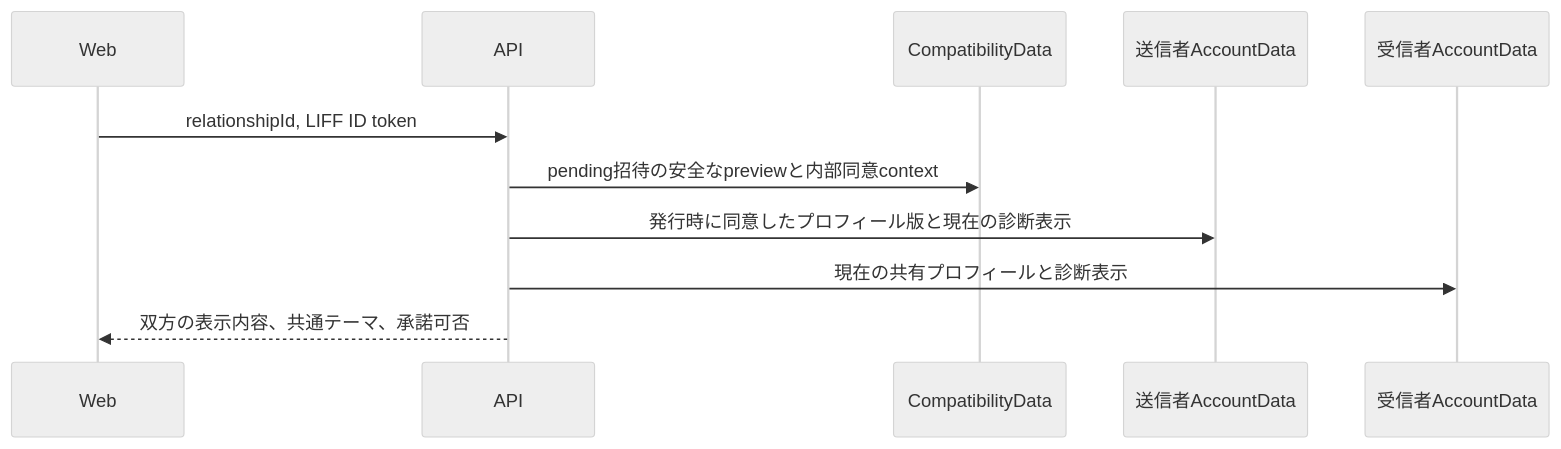
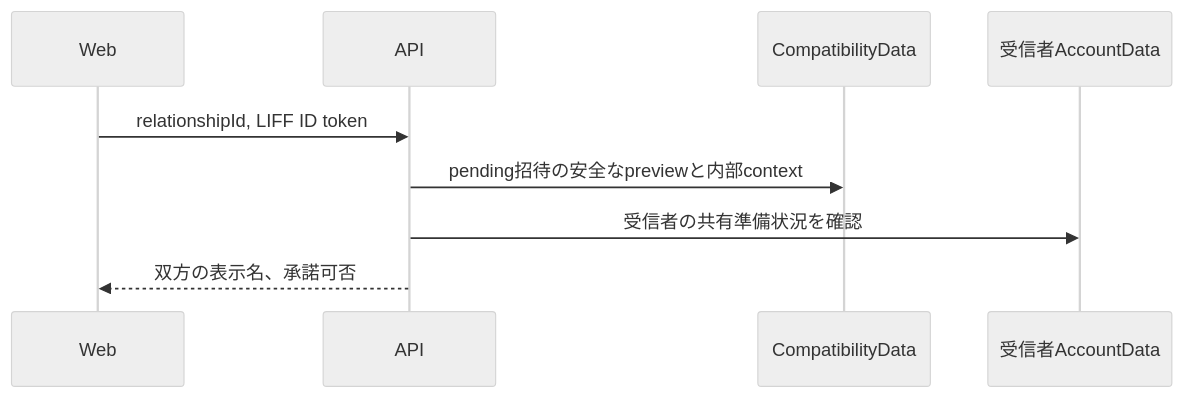
One commit to kkyosuke/me-builder changed the third of 4 diagrams in docs/development/compatibility-api.md. Above: the diagram before and after it, drawn with Mermaid (neutral theme). The commit also changed other lines of this file and 68 other files, not shown here.

````diff
--- a/docs/development/compatibility-api.md
+++ b/docs/development/compatibility-api.md
@@ -173,13 +121,11 @@
 ```mermaid
 sequenceDiagram
     participant Web
     participant API
     participant CompatibilityData
-    participant Inviter as 送信者AccountData
     participant Invitee as 受信者AccountData
     Web->>API: relationshipId, LIFF ID token
-    API->>CompatibilityData: pending招待の安全なpreviewと内部同意context
-    API->>Inviter: 発行時に同意したプロフィール版と現在の診断表示
-    API->>Invitee: 現在の共有プロフィールと診断表示
-    API-->>Web: 双方の表示内容、共通テーマ、承諾可否
+    API->>CompatibilityData: pending招待の安全なpreviewと内部context
+    API->>Invitee: 受信者の共有準備状況を確認
+    API-->>Web: 双方の表示名、承諾可否
 ```
````
